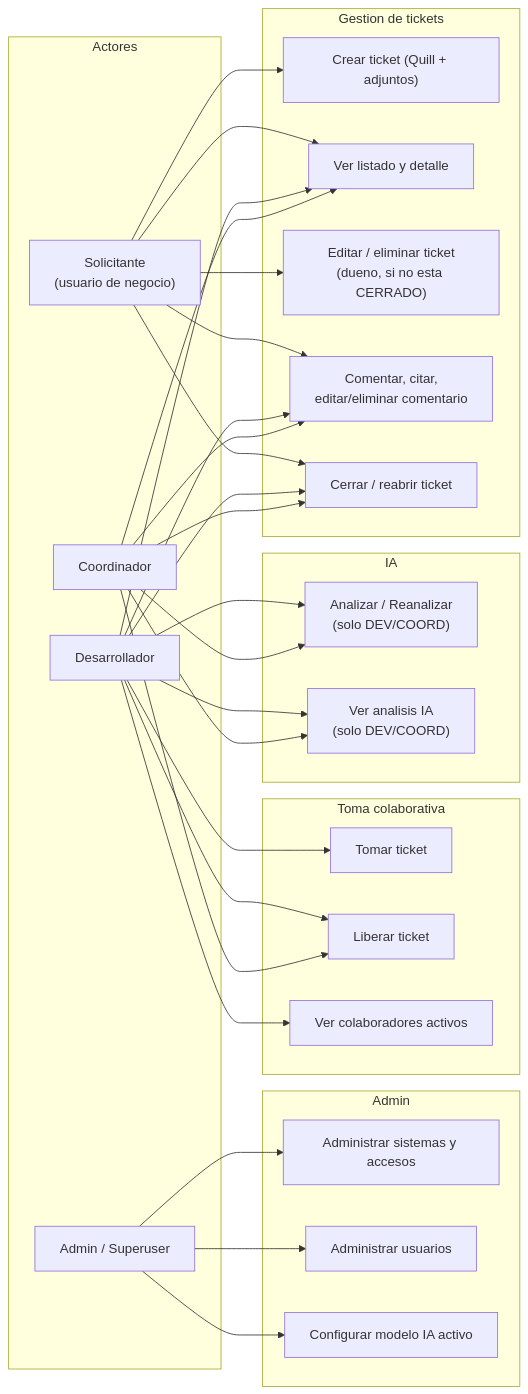
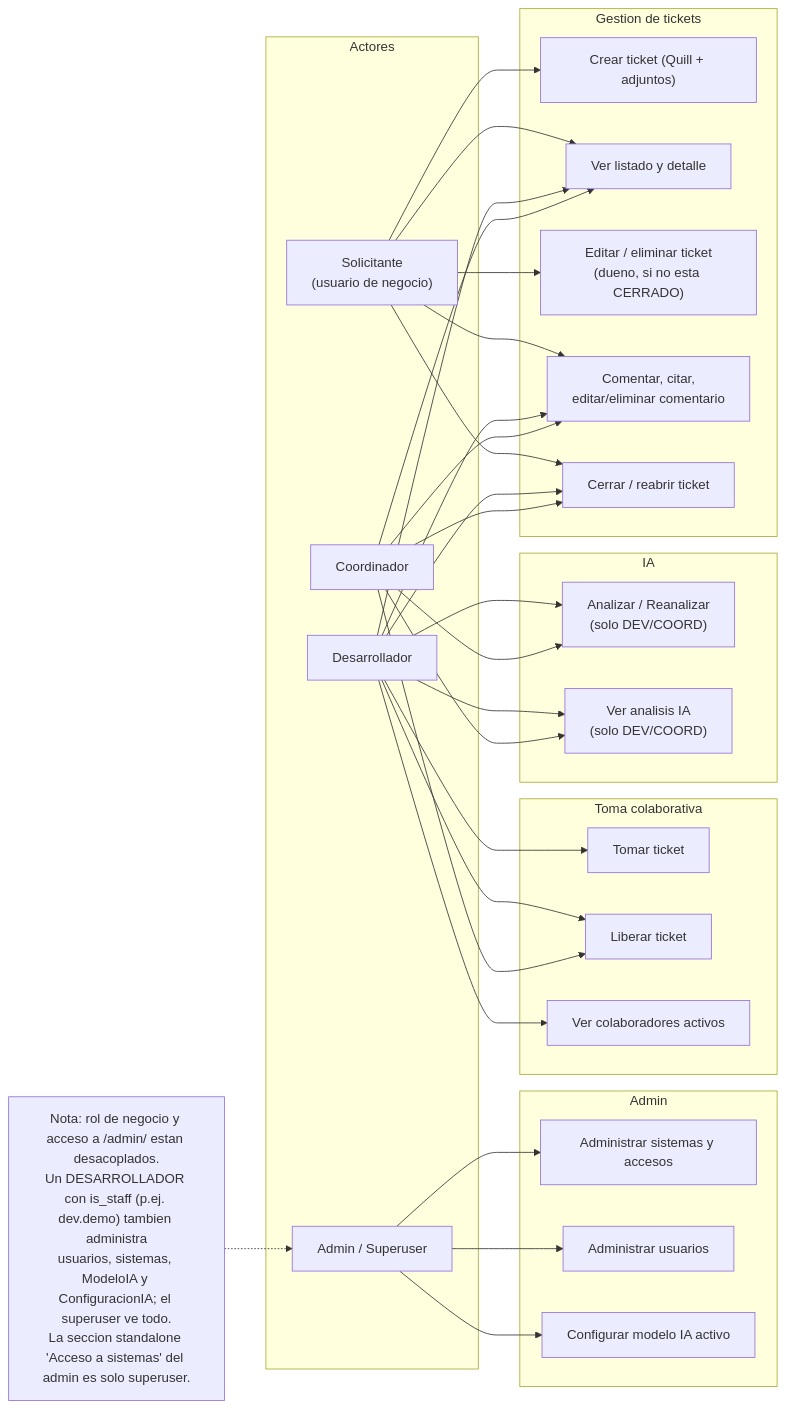
The diagram in ENTREGA/diagramas/casos_de_uso.mmd (patosimple/Incidencias), drawn with Mermaid before and after one commit. The commit also changed 17 other files, not shown here.

```diff
--- a/ENTREGA/diagramas/casos_de_uso.mmd
+++ b/ENTREGA/diagramas/casos_de_uso.mmd
@@ -1,58 +1,61 @@
 flowchart LR
     subgraph Actores
         SOL["Solicitante<br/>(usuario de negocio)"]
         DEV["Desarrollador"]
         COOR["Coordinador"]
         ADM["Admin / Superuser"]
     end
 
     subgraph CU1["Gestion de tickets"]
         T_CREAR["Crear ticket (Quill + adjuntos)"]
         T_VER["Ver listado y detalle"]
         T_EDITAR["Editar / eliminar ticket<br/>(dueno, si no esta CERRADO)"]
         T_COMENTAR["Comentar, citar,<br/>editar/eliminar comentario"]
         T_CERRAR["Cerrar / reabrir ticket"]
     end
 
     subgraph CU2["Toma colaborativa"]
         T_TOMAR["Tomar ticket"]
         T_LIBERAR["Liberar ticket"]
         T_COLAB["Ver colaboradores activos"]
     end
 
     subgraph CU3["IA"]
         IA_ANALIZAR["Analizar / Reanalizar<br/>(solo DEV/COORD)"]
         IA_VER["Ver analisis IA<br/>(solo DEV/COORD)"]
     end
 
     subgraph CU4["Admin"]
         AD_SIST["Administrar sistemas y accesos"]
         AD_USR["Administrar usuarios"]
         AD_IA["Configurar modelo IA activo"]
     end
 
     SOL --> T_CREAR
     SOL --> T_VER
     SOL --> T_COMENTAR
     SOL --> T_CERRAR
     SOL --> T_EDITAR
 
     DEV --> T_VER
     DEV --> T_TOMAR
     DEV --> T_LIBERAR
     DEV --> T_COLAB
     DEV --> T_CERRAR
     DEV --> T_COMENTAR
     DEV --> IA_ANALIZAR
     DEV --> IA_VER
 
     COOR --> T_VER
     COOR --> T_LIBERAR
     COOR --> T_CERRAR
     COOR --> T_COMENTAR
     COOR --> IA_ANALIZAR
     COOR --> IA_VER
 
     ADM --> AD_SIST
     ADM --> AD_USR
     ADM --> AD_IA
+
+    nota["Nota: rol de negocio y acceso a /admin/ estan desacoplados.<br/>Un DESARROLLADOR con is_staff (p.ej. dev.demo) tambien administra<br/>usuarios, sistemas, ModeloIA y ConfiguracionIA; el superuser ve todo.<br/>La seccion standalone 'Acceso a sistemas' del admin es solo superuser."]
+    nota -.-> ADM
```
